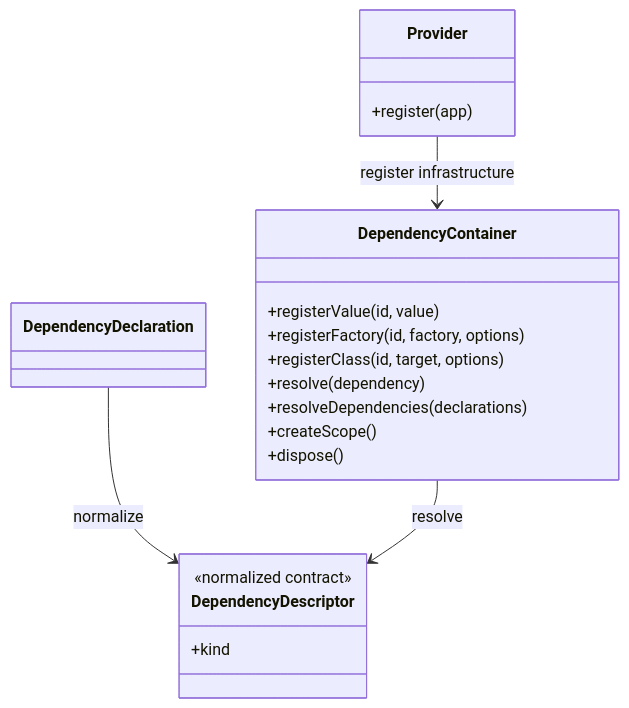
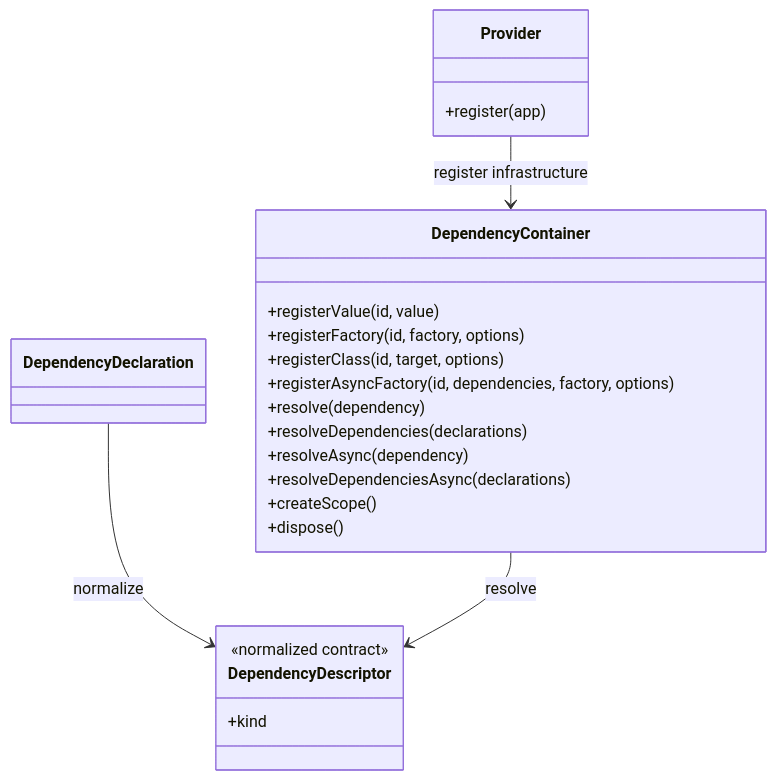
One commit to antarestupin/kestrel-framework changed the first of 2 diagrams in docs/implementation/di.md. Above: the diagram before and after it, drawn with Mermaid. The commit also changed other lines of this file and 22 other files, not shown here.

````diff
--- a/docs/implementation/di.md
+++ b/docs/implementation/di.md
@@ -13,24 +13,27 @@
 ```mermaid
 classDiagram
     class DependencyDeclaration
     class DependencyDescriptor {
         <<normalized contract>>
         +kind
     }
     class DependencyContainer {
         +registerValue(id, value)
         +registerFactory(id, factory, options)
         +registerClass(id, target, options)
+        +registerAsyncFactory(id, dependencies, factory, options)
         +resolve(dependency)
         +resolveDependencies(declarations)
+        +resolveAsync(dependency)
+        +resolveDependenciesAsync(declarations)
         +createScope()
         +dispose()
     }
     class Provider {
         +register(app)
     }
 
     DependencyDeclaration --> DependencyDescriptor : normalize
     DependencyContainer --> DependencyDescriptor : resolve
     Provider --> DependencyContainer : register infrastructure
 ```
````
